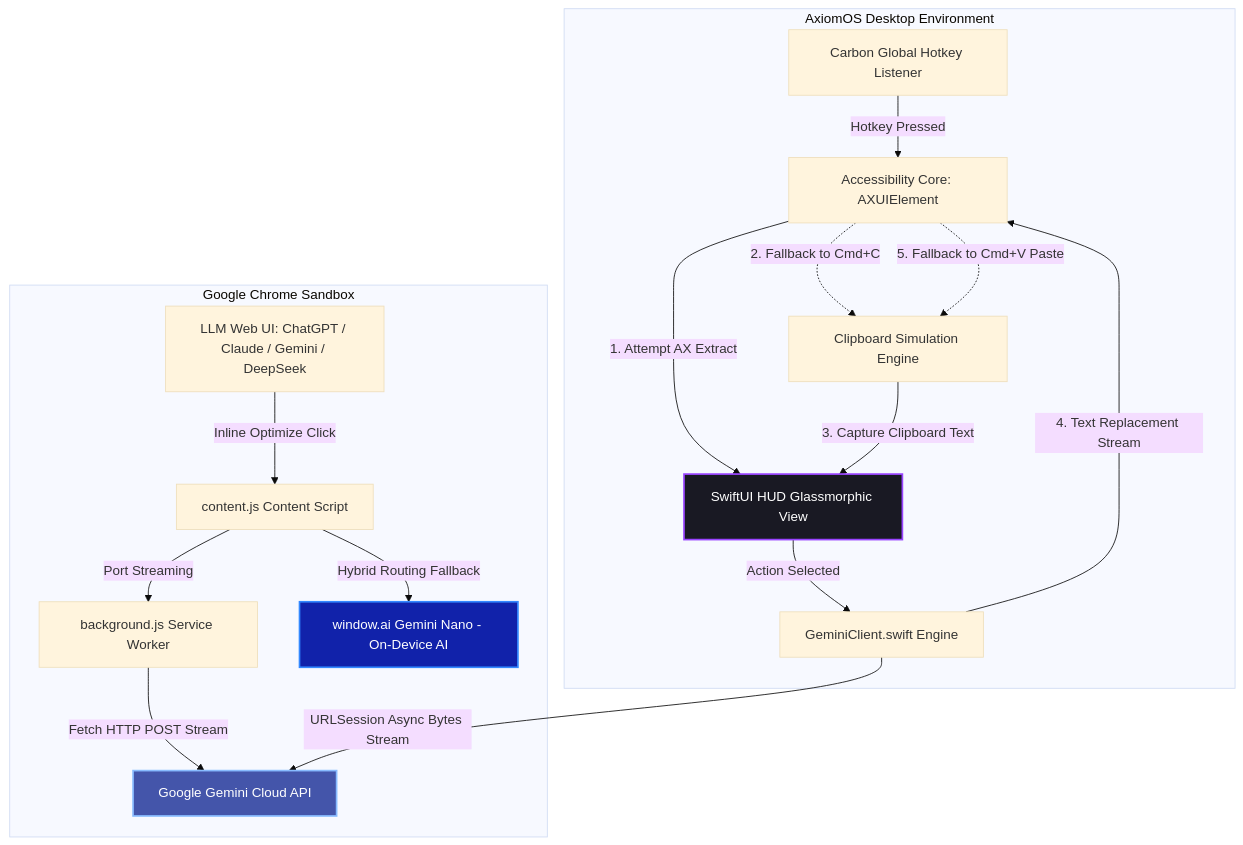
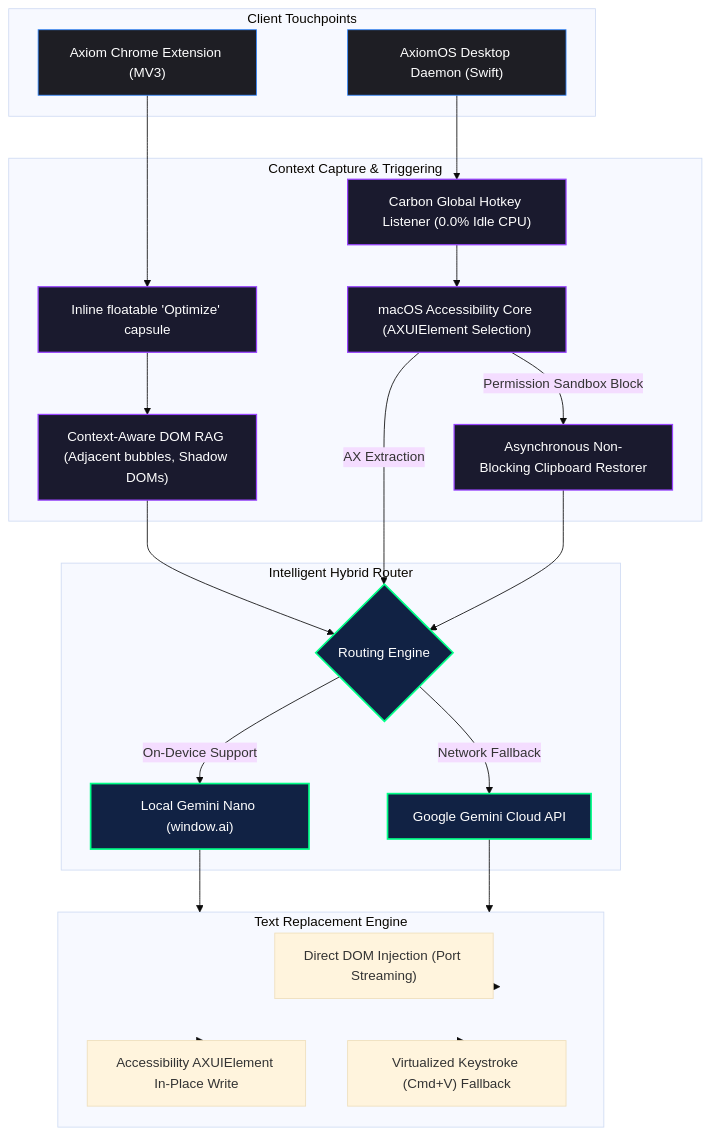
The first of 2 diagrams in README.md (Sreeram5678/Axiom), drawn with Mermaid (base theme) before and after one commit. The commit also changed other lines of this file, not shown here.

Commit message:
docs: remove emojis, convert AI alert to clean paragraph, and overhaul architecture flowchart in README

````diff
--- a/README.md
+++ b/README.md
@@ -36,35 +34,57 @@
 ```mermaid
-graph TD
-    subgraph Browser_Environment [Google Chrome Sandbox]
-        UI[LLM Web UI: ChatGPT / Claude / Gemini / DeepSeek]
-        CS[content.js Content Script]
-        BG[background.js Service Worker]
-        LAI[window.ai Gemini Nano - On-Device AI]
-        
-        UI -->|Inline Optimize Click| CS
-        CS -->|Port Streaming| BG
-        CS -->|Hybrid Routing Fallback| LAI
-        BG -->|Fetch HTTP POST Stream| GAPI_Cloud[Google Gemini Cloud API]
+flowchart TB
+    subgraph Client_Applications [Client Touchpoints]
+        Chrome_Ext["Axiom Chrome Extension (MV3)"]
+        macOS_App["AxiomOS Desktop Daemon (Swift)"]
     end
 
-    subgraph macOS_Native_Environment [AxiomOS Desktop Environment]
-        HK[Carbon Global Hotkey Listener]
-        AX[Accessibility Core: AXUIElement]
-        CB[Clipboard Simulation Engine]
-        HUD[SwiftUI HUD Glassmorphic View]
-        GC[GeminiClient.swift Engine]
-        
-        HK -->|Hotkey Pressed| AX
-        AX -->|1. Attempt AX Extract| HUD
-        AX -.->|2. Fallback to Cmd+C| CB
-        CB -->|3. Capture Clipboard Text| HUD
-        HUD -->|Action Selected| GC
-        GC -->|URLSession Async Bytes Stream| GAPI_Cloud
-        GC -->|4. Text Replacement Stream| AX
-        AX -.->|5. Fallback to Cmd+V Paste| CB
+    subgraph Input_Extraction [Context Capture & Triggering]
+        inline_capsule["Inline floatable 'Optimize' capsule"]
+        hotkey_listener["Carbon Global Hotkey Listener (0.0% Idle CPU)"]
+        dom_rag["Context-Aware DOM RAG (Adjacent bubbles, Shadow DOMs)"]
+        ax_element["macOS Accessibility Core (AXUIElement Selection)"]
+        clipboard_restorer["Asynchronous Non-Blocking Clipboard Restorer"]
     end
+
+    subgraph Routing_Decision [Intelligent Hybrid Router]
+        router{"Routing Engine"}
+        local_nano["Local Gemini Nano (window.ai)"]
+        cloud_api["Google Gemini Cloud API"]
+    end
+
+    subgraph Output_Injection [Text Replacement Engine]
+        extension_inject["Direct DOM Injection (Port Streaming)"]
+        accessibility_write["Accessibility AXUIElement In-Place Write"]
+        clipboard_paste["Virtualized Keystroke (Cmd+V) Fallback"]
+    end
+
+    %% Core Flows
+    Chrome_Ext --> inline_capsule
+    inline_capsule --> dom_rag
+    dom_rag --> router
+
+    macOS_App --> hotkey_listener
+    hotkey_listener --> ax_element
+    ax_element -- AX Extraction --> router
+    ax_element -- Permission Sandbox Block --> clipboard_restorer
+    clipboard_restorer --> router
+
+    router -- On-Device Support --> local_nano
+    router -- Network Fallback --> cloud_api
+
+    local_nano --> Output_Injection
+    cloud_api --> Output_Injection
+
+    Output_Injection --> extension_inject
+    Output_Injection --> accessibility_write
+    Output_Injection --> clipboard_paste
     
-    style LAI fill:#12a,stroke:#38f,stroke-width:2px,color:#fff
-    style HUD fill:#191923,stroke:#94f,stroke-width:2px,color:#fff
-    style GAPI_Cloud fill:#45a,stroke:#8bf,stroke-width:2px,color:#fff
+    %% Styling
+    classDef box fill:#1e1e24,stroke:#38f,stroke-width:1px,color:#fff;
+    classDef trigger fill:#1a1a2e,stroke:#94f,stroke-width:1.5px,color:#fff;
+    classDef router fill:#112244,stroke:#0f8,stroke-width:2px,color:#fff;
+    
+    class Chrome_Ext,macOS_App box;
+    class inline_capsule,hotkey_listener,dom_rag,ax_element,clipboard_restorer trigger;
+    class router,local_nano,cloud_api router;
 ```
````
